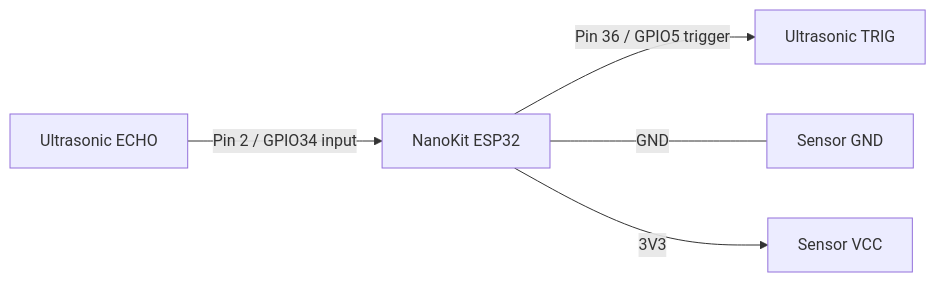
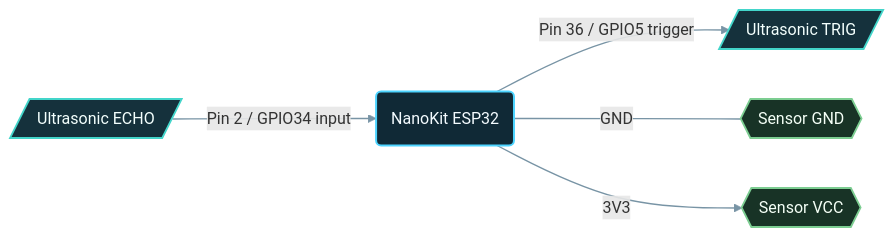
Before and after one commit to ProAmineOfficial/NanoKit-ESP32: the diagram in examples_on_platformio/ultrasonic_distance/images/connection-diagram.md, drawn with Mermaid. The commit also changed 15 other files, not shown here.

Commit message:
docs: apply semantic Mermaid styling

````diff
--- a/examples_on_platformio/ultrasonic_distance/images/connection-diagram.md
+++ b/examples_on_platformio/ultrasonic_distance/images/connection-diagram.md
@@ -5,7 +5,15 @@
 ```mermaid
 flowchart LR
-  NK[NanoKit ESP32] -->|Pin 36 / GPIO5 trigger| TRIG[Ultrasonic TRIG]
-  ECHO[Ultrasonic ECHO] -->|Pin 2 / GPIO34 input| NK
-  NK ---|GND| GND[Sensor GND]
-  NK -->|3V3| VCC[Sensor VCC]
+  NK("NanoKit ESP32") -->|Pin 36 / GPIO5 trigger| TRIG[/Ultrasonic TRIG/]
+  ECHO[/Ultrasonic ECHO/] -->|Pin 2 / GPIO34 input| NK
+  NK ---|GND| GND{{Sensor GND}}
+  NK -->|3V3| VCC{{Sensor VCC}}
+
+  classDef controller fill:#102936,stroke:#4dd4ff,stroke-width:2px,color:#f4fbff
+  classDef io fill:#15313c,stroke:#43d5ca,stroke-width:1.8px,color:#f3fffd
+  classDef power fill:#183326,stroke:#7ccd91,stroke-width:1.8px,color:#f4fff6
+  class NK controller
+  class TRIG,ECHO io
+  class GND,VCC power
+  linkStyle default stroke:#7894a5,stroke-width:1.4px
 ```
````
